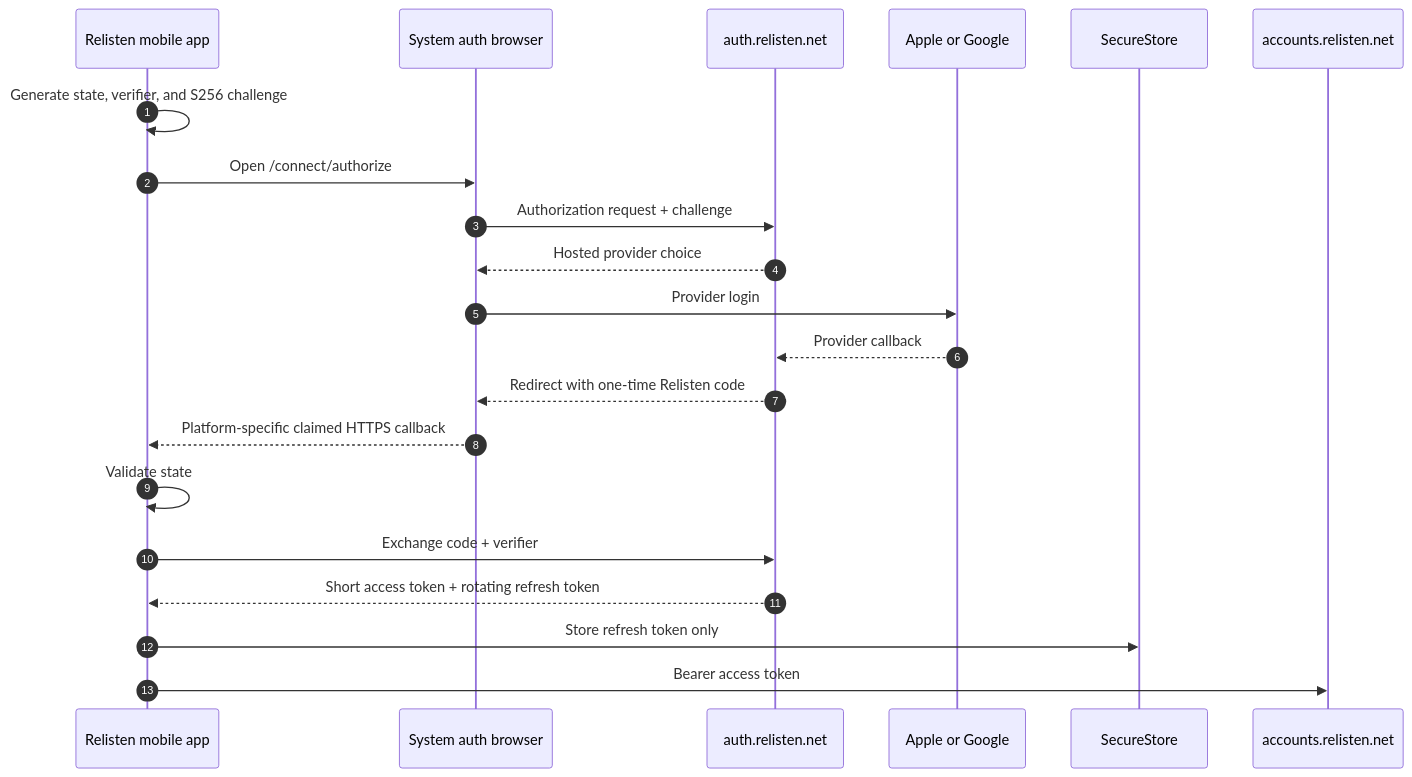
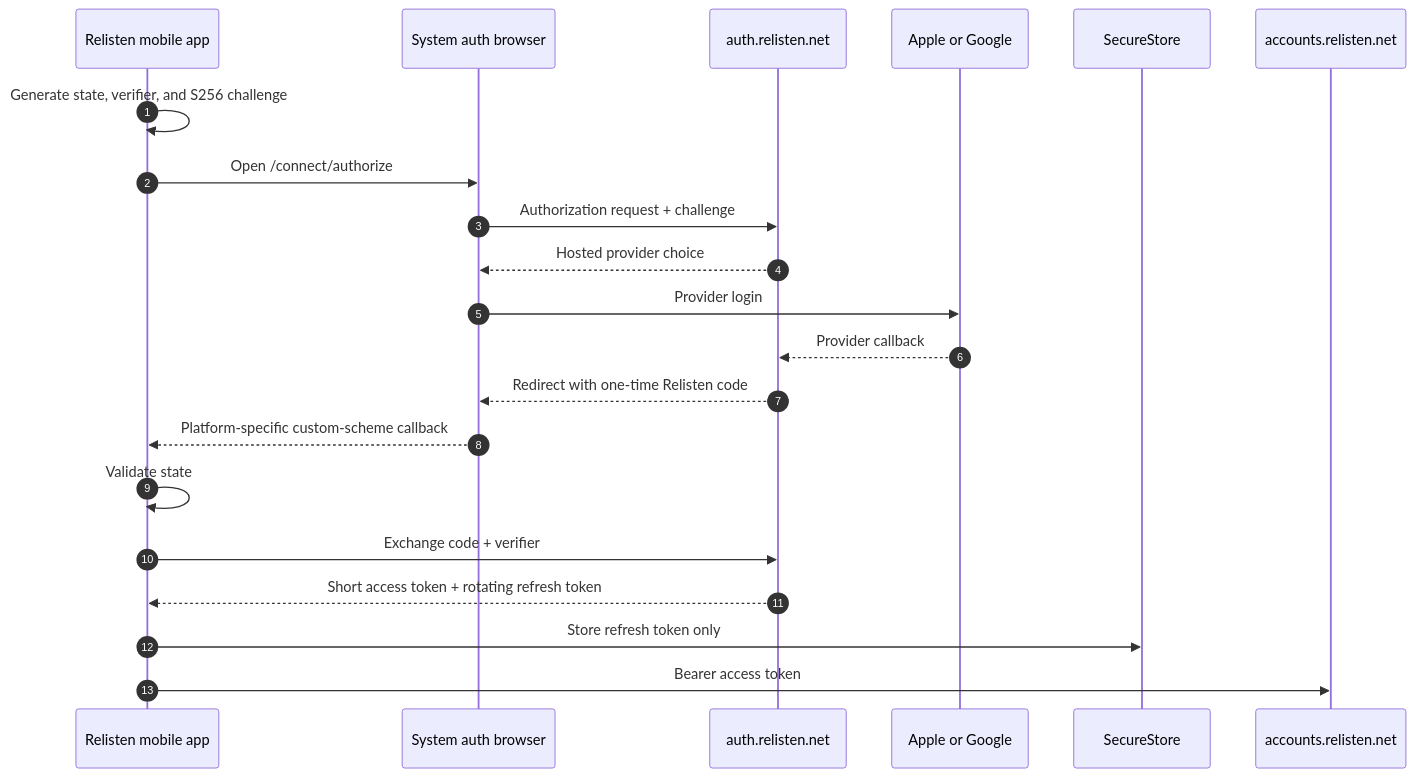
One commit to RelistenNet/RelistenApi changed the sixth of 22 diagrams in docs/architecture/2026-07-18-relisten-identity-user-data-and-sonos-architecture.md. Above: the diagram before and after it, drawn with Mermaid. The commit also changed other lines of this file and 19 other files, not shown here.

````diff
--- a/docs/architecture/2026-07-18-relisten-identity-user-data-and-sonos-architecture.md
+++ b/docs/architecture/2026-07-18-relisten-identity-user-data-and-sonos-architecture.md
@@ -477,24 +477,24 @@
 ```mermaid
 sequenceDiagram
     autonumber
     participant M as Relisten mobile app
     participant S as System auth browser
     participant A as auth.relisten.net
     participant P as Apple or Google
     participant K as SecureStore
     participant U as accounts.relisten.net
 
     M->>M: Generate state, verifier, and S256 challenge
     M->>S: Open /connect/authorize
     S->>A: Authorization request + challenge
     A-->>S: Hosted provider choice
     S->>P: Provider login
     P-->>A: Provider callback
     A-->>S: Redirect with one-time Relisten code
-    S-->>M: Platform-specific claimed HTTPS callback
+    S-->>M: Platform-specific custom-scheme callback
     M->>M: Validate state
     M->>A: Exchange code + verifier
     A-->>M: Short access token + rotating refresh token
     M->>K: Store refresh token only
     M->>U: Bearer access token
 ```
````
